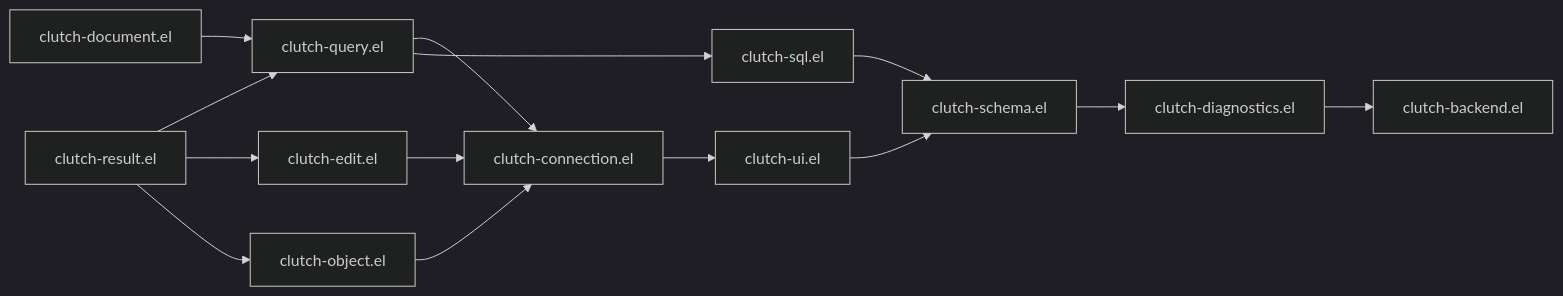
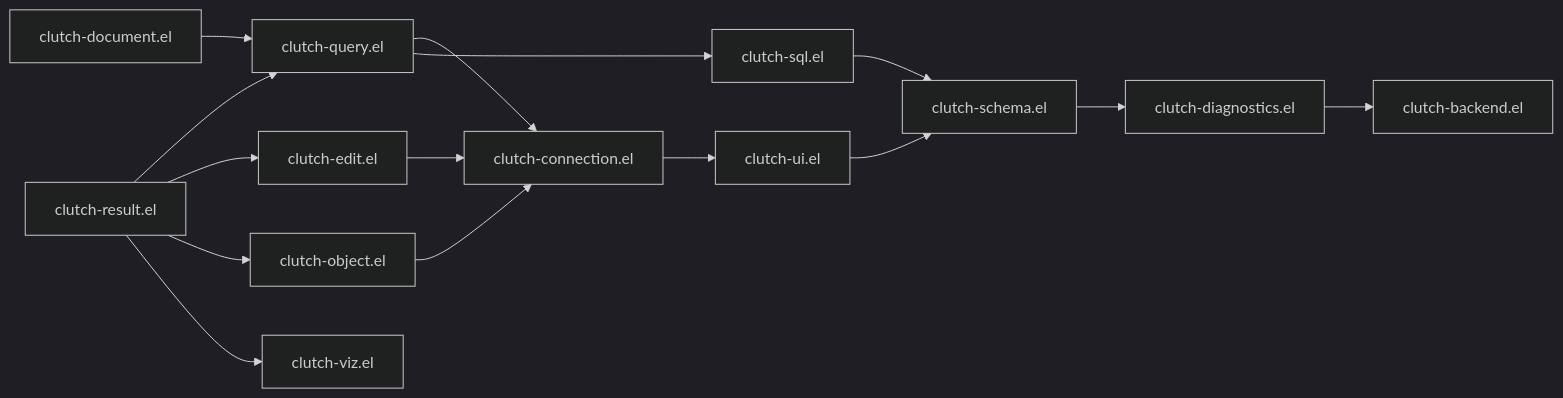
Before and after one commit to LuciusChen/clutch: the second of 7 diagrams in docs/architecture.md, drawn with Mermaid (dark theme). The commit also changed other lines of this file and 18 other files, not shown here.

````diff
--- a/docs/architecture.md
+++ b/docs/architecture.md
@@ -88,28 +90,30 @@
 ```mermaid
 flowchart LR
   Backend["clutch-backend.el"]
   Diagnostics["clutch-diagnostics.el"]
   Schema["clutch-schema.el"]
   UI["clutch-ui.el"]
   SQL["clutch-sql.el"]
   Conn["clutch-connection.el"]
   Query["clutch-query.el"]
   Document["clutch-document.el"]
   Edit["clutch-edit.el"]
   Object["clutch-object.el"]
   Result["clutch-result.el"]
+  Viz["clutch-viz.el"]
 
   Diagnostics --> Backend
   Schema --> Diagnostics
   UI --> Schema
   SQL --> Schema
   Conn --> UI
   Query --> Conn
   Query --> SQL
   Document --> Query
   Edit --> Conn
   Object --> Conn
   Result --> Query
   Result --> Edit
   Result --> Object
+  Result --> Viz
 ```
````
